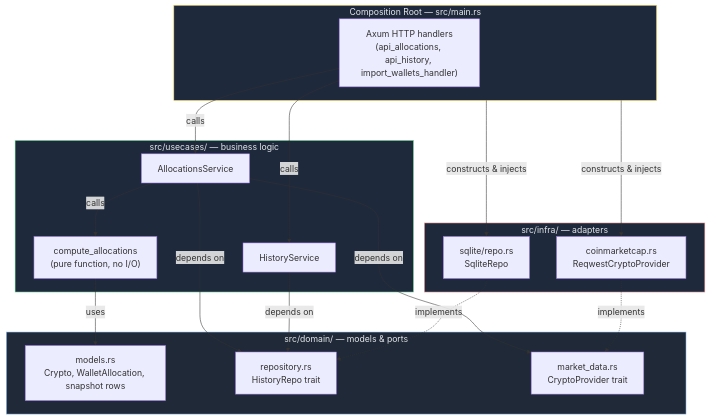
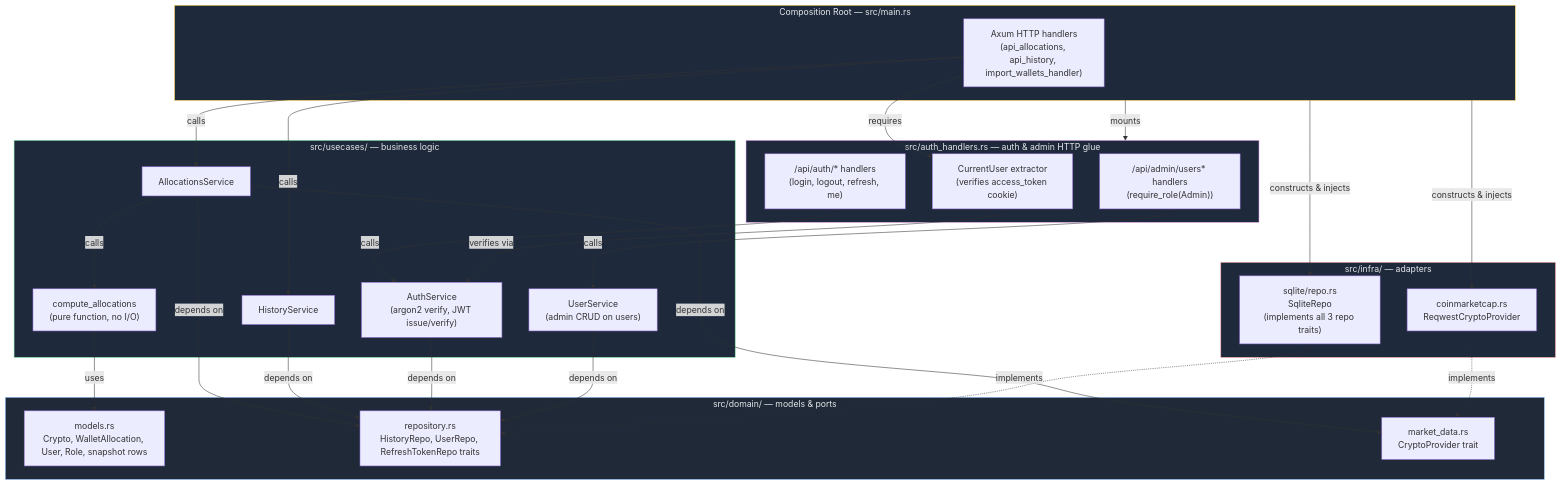
The diagram in docs/architecture.mmd (rchau73/crypto_management), drawn with Mermaid before and after one commit. The commit also changed 68 other files, not shown here.

```diff
--- a/docs/architecture.mmd
+++ b/docs/architecture.mmd
@@ -1,40 +1,56 @@
 flowchart TD
     subgraph MAIN["Composition Root — src/main.rs"]
         H1["Axum HTTP handlers\n(api_allocations, api_history, import_wallets_handler)"]
+    end
+
+    subgraph AUTHMOD["src/auth_handlers.rs — auth & admin HTTP glue"]
+        CU["CurrentUser extractor\n(verifies access_token cookie)"]
+        AH["/api/auth/* handlers\n(login, logout, refresh, me)"]
+        ADMH["/api/admin/users* handlers\n(require_role(Admin))"]
     end
 
     subgraph USECASES["src/usecases/ — business logic"]
         CA["compute_allocations\n(pure function, no I/O)"]
         AS["AllocationsService"]
         HS["HistoryService"]
+        AUS["AuthService\n(argon2 verify, JWT issue/verify)"]
+        US["UserService\n(admin CRUD on users)"]
     end
 
     subgraph DOMAIN["src/domain/ — models & ports"]
-        MODELS["models.rs\nCrypto, WalletAllocation, snapshot rows"]
-        REPO_PORT["repository.rs\nHistoryRepo trait"]
+        MODELS["models.rs\nCrypto, WalletAllocation, User, Role, snapshot rows"]
+        REPO_PORT["repository.rs\nHistoryRepo, UserRepo, RefreshTokenRepo traits"]
         MD_PORT["market_data.rs\nCryptoProvider trait"]
     end
 
     subgraph INFRA["src/infra/ — adapters"]
-        SQLITE["sqlite/repo.rs\nSqliteRepo"]
+        SQLITE["sqlite/repo.rs\nSqliteRepo\n(implements all 3 repo traits)"]
         CMC["coinmarketcap.rs\nReqwestCryptoProvider"]
     end
 
+    H1 -->|requires| CU
     H1 -->|calls| AS
     H1 -->|calls| HS
+    AH -->|calls| AUS
+    ADMH -->|calls| US
+    CU -->|verifies via| AUS
     AS -->|calls| CA
     AS -->|depends on| MD_PORT
     AS -->|depends on| REPO_PORT
     HS -->|depends on| REPO_PORT
+    AUS -->|depends on| REPO_PORT
+    US -->|depends on| REPO_PORT
     CA -->|uses| MODELS
 
     SQLITE -.->|implements| REPO_PORT
     CMC -.->|implements| MD_PORT
 
     MAIN -->|constructs & injects| SQLITE
     MAIN -->|constructs & injects| CMC
+    MAIN -->|mounts| AUTHMOD
 
     style DOMAIN fill:#1f2937,stroke:#93c5fd,color:#e5e7eb
     style USECASES fill:#1e293b,stroke:#86efac,color:#e5e7eb
     style INFRA fill:#1e293b,stroke:#fca5a5,color:#e5e7eb
     style MAIN fill:#1e293b,stroke:#fcd34d,color:#e5e7eb
+    style AUTHMOD fill:#1e293b,stroke:#f0abfc,color:#e5e7eb
```
